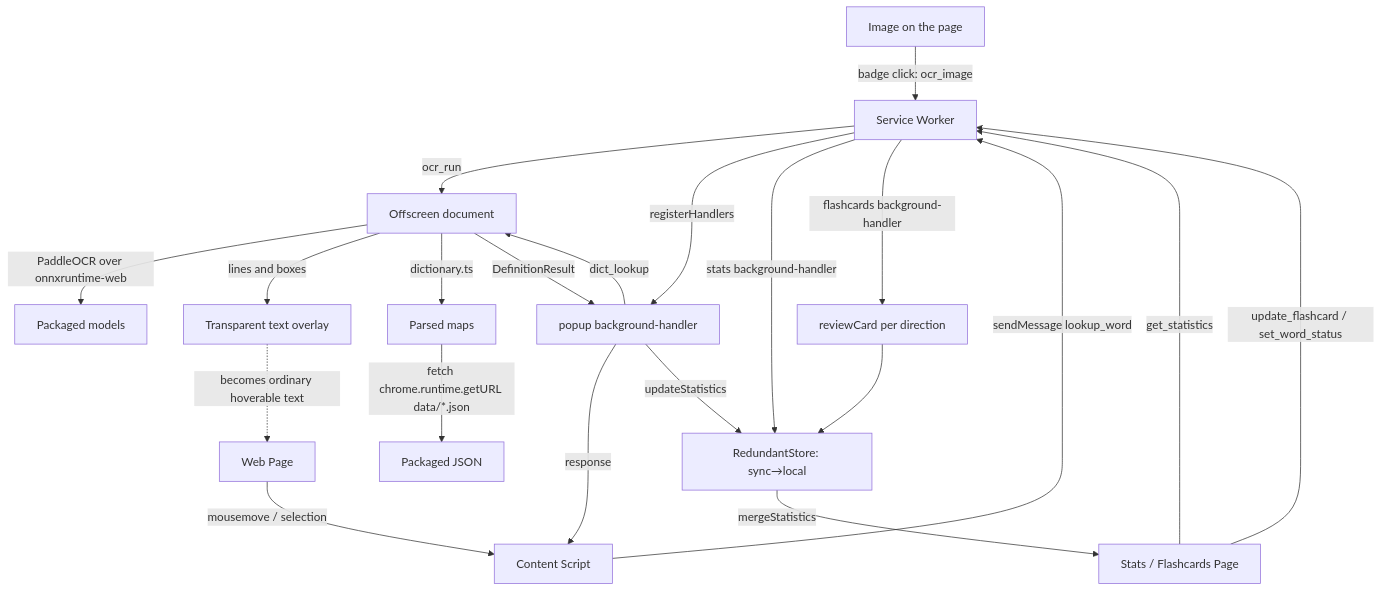
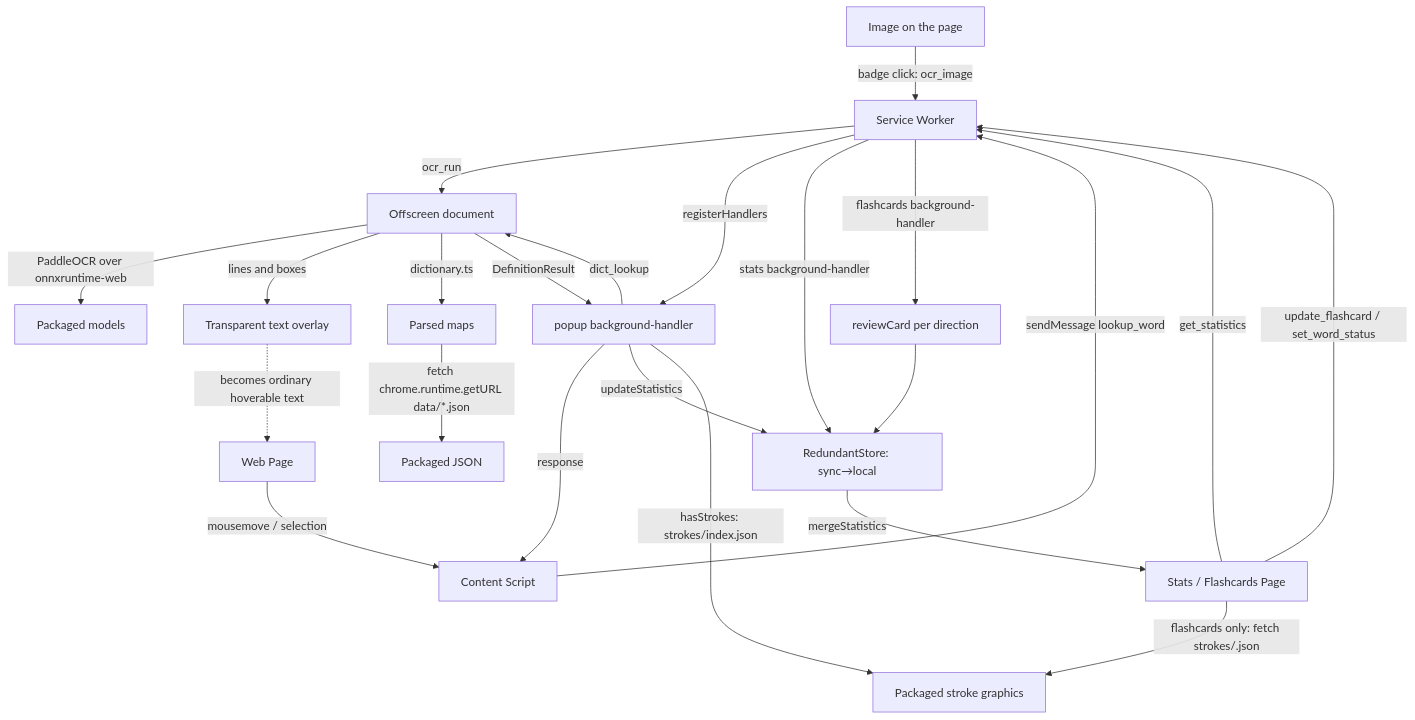
Before and after one commit to VWongDev/canto-toolbox: the diagram in .claude/docs/architecture.md, drawn with Mermaid. The commit also changed other lines of this file and 4 other files, not shown here.

````diff
--- a/.claude/docs/architecture.md
+++ b/.claude/docs/architecture.md
@@ -108,23 +112,25 @@
 ```mermaid
 flowchart TD
     I[Image on the page] -->|badge click: ocr_image| C
     C -->|ocr_run| O[Offscreen document]
     O -->|PaddleOCR over onnxruntime-web| P[Packaged models]
     O -->|lines and boxes| N[Transparent text overlay]
     N -.->|becomes ordinary hoverable text| A
     A[Web Page] -->|mousemove / selection| B[Content Script]
     B -->|sendMessage lookup_word| C[Service Worker]
     C -->|registerHandlers| H1[popup background-handler]
     H1 -->|dict_lookup| O
     O -->|dictionary.ts| D[Parsed maps]
     D -->|fetch chrome.runtime.getURL data/*.json| E[Packaged JSON]
     O -->|DefinitionResult| H1
     H1 -->|response| B
     H1 -->|updateStatistics| F[RedundantStore: sync→local]
     G[Stats / Flashcards Page] -->|get_statistics| C
+    G -->|flashcards only: fetch strokes/<char>.json| S[Packaged stroke graphics]
+    H1 -->|hasStrokes: strokes/index.json| S
     C -->|stats background-handler| F
     F -->|mergeStatistics| G
     G -->|update_flashcard / set_word_status| C
     C -->|flashcards background-handler| H2[reviewCard per direction]
     H2 --> F
 ```
````
